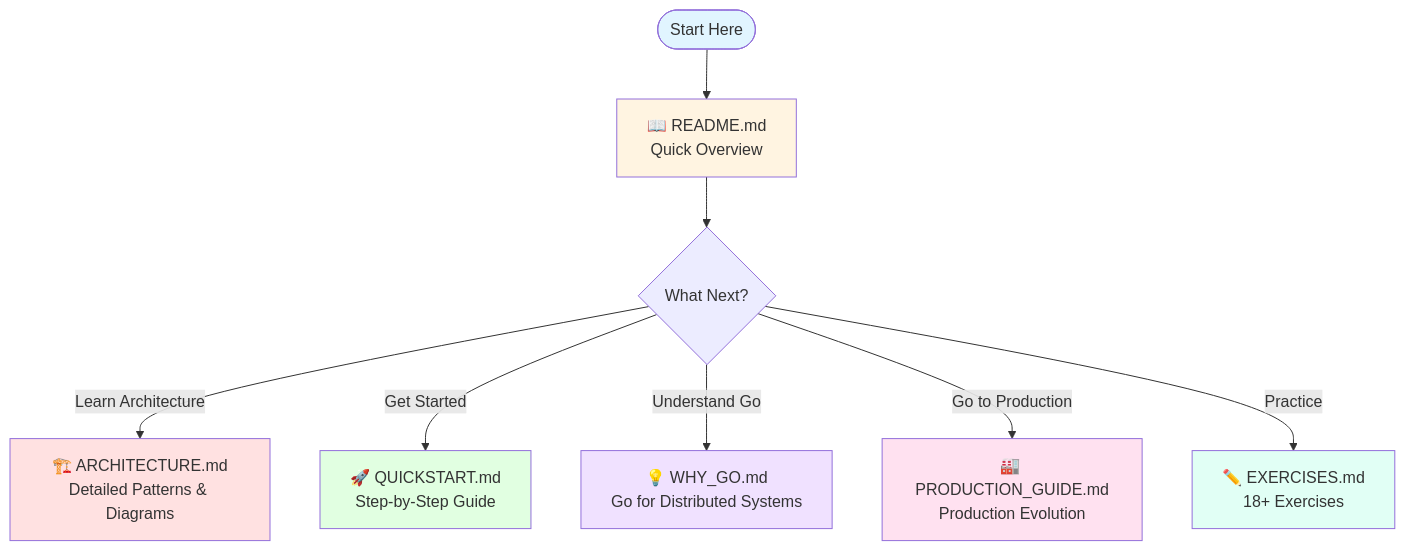
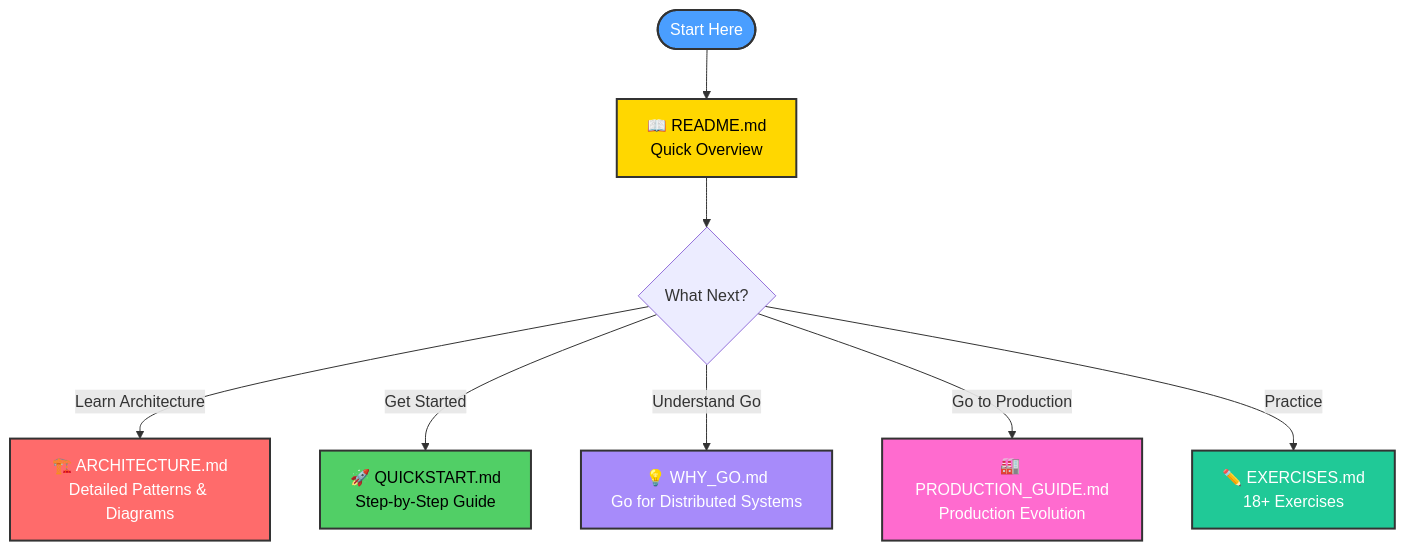
Before and after one commit to elewashy/Tanta-University: the sixth of 6 diagrams in Level_3/Semester_1/Distributed_Systems/Project/System_Architecture_in_Distributed_Systems/README.md, drawn with Mermaid. The commit also changed other lines of this file and 4 other files, not shown here.

````diff
--- a/Level_3/Semester_1/Distributed_Systems/Project/System_Architecture_in_Distributed_Systems/README.md
+++ b/Level_3/Semester_1/Distributed_Systems/Project/System_Architecture_in_Distributed_Systems/README.md
@@ -253,20 +253,20 @@
 ```mermaid
 graph TB
     Start([Start Here]) --> README[📖 README.md<br/>Quick Overview]
     
     README --> Choice{What Next?}
     
     Choice -->|Learn Architecture| ARCH[🏗️ ARCHITECTURE.md<br/>Detailed Patterns & Diagrams]
     Choice -->|Get Started| QUICK[🚀 QUICKSTART.md<br/>Step-by-Step Guide]
     Choice -->|Understand Go| WHY[💡 WHY_GO.md<br/>Go for Distributed Systems]
     Choice -->|Go to Production| PROD[🏭 PRODUCTION_GUIDE.md<br/>Production Evolution]
     Choice -->|Practice| EX[✏️ EXERCISES.md<br/>18+ Exercises]
     
-    style Start fill:#e1f5ff
-    style README fill:#fff4e1
-    style ARCH fill:#ffe1e1
-    style QUICK fill:#e1ffe1
-    style WHY fill:#f0e1ff
-    style PROD fill:#ffe1f0
-    style EX fill:#e1fff5
+    style Start fill:#4a9eff,stroke:#333,stroke-width:2px,color:#fff
+    style README fill:#ffd700,stroke:#333,stroke-width:2px,color:#000
+    style ARCH fill:#ff6b6b,stroke:#333,stroke-width:2px,color:#fff
+    style QUICK fill:#51cf66,stroke:#333,stroke-width:2px,color:#000
+    style WHY fill:#a78bfa,stroke:#333,stroke-width:2px,color:#fff
+    style PROD fill:#ff6bcf,stroke:#333,stroke-width:2px,color:#fff
+    style EX fill:#20c997,stroke:#333,stroke-width:2px,color:#fff
 ```
````
